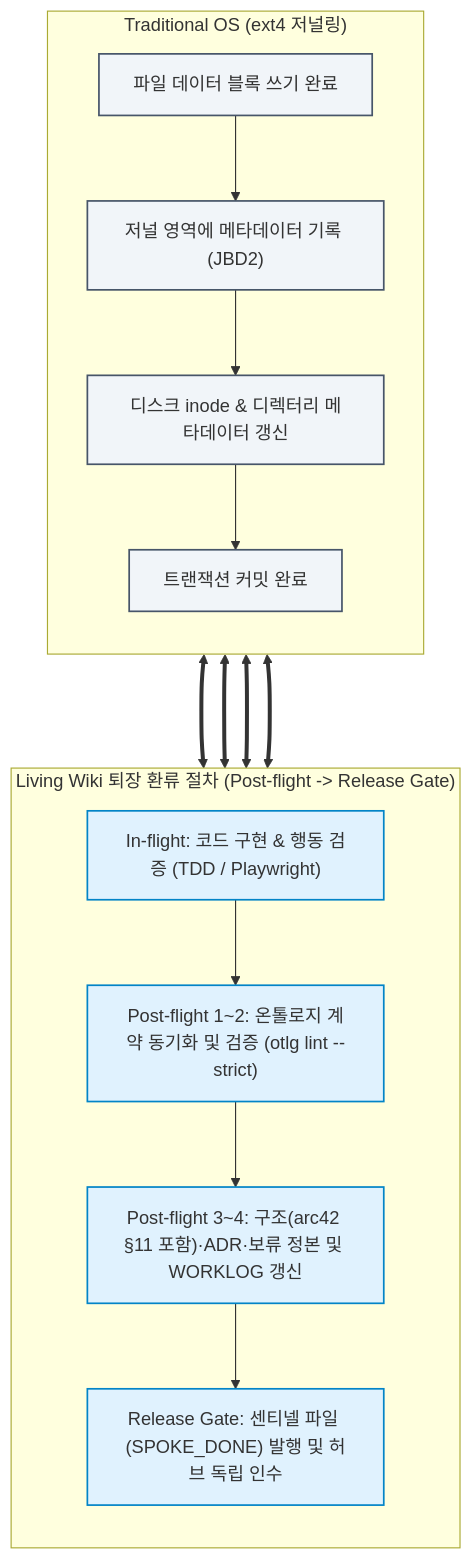
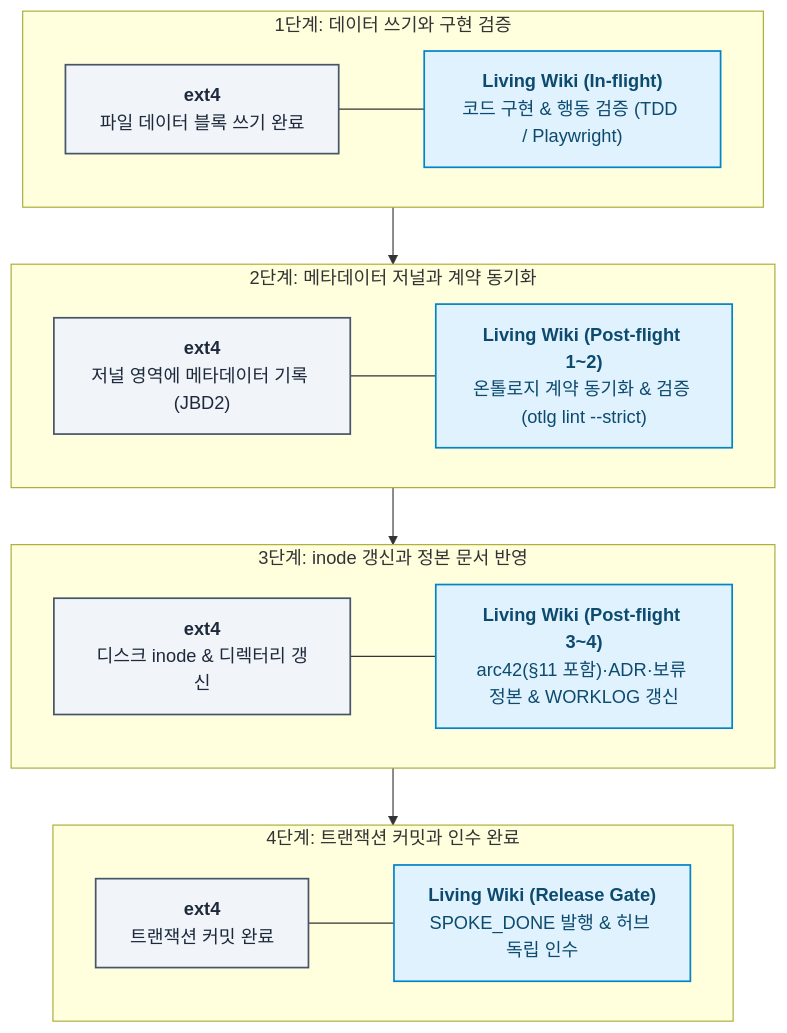
Before and after one commit to tomato-vault/tomato-vault.github.io: the first of 2 diagrams in _deep_dives/ontology-engineering/repo-sdlc-and-audit.md, drawn with Mermaid. The commit also changed other lines of this file and 42 other files, not shown here.

````diff
--- a/_deep_dives/ontology-engineering/repo-sdlc-and-audit.md
+++ b/_deep_dives/ontology-engineering/repo-sdlc-and-audit.md
@@ -104,23 +103,24 @@
 ```mermaid
 flowchart TB
-    subgraph KERNEL ["Traditional OS (ext4 저널링)"]
-        direction TB
-        K1["파일 데이터 블록 쓰기 완료"] --> K2["저널 영역에 메타데이터 기록 (JBD2)"]
-        K2 --> K3["디스크 inode & 디렉터리 메타데이터 갱신"]
-        K3 --> K4["트랜잭션 커밋 완료"]
+    subgraph S1 ["1단계: 데이터 쓰기와 구현 검증"]
+        direction LR
+        K1["<b>ext4</b><br/>파일 데이터 블록 쓰기 완료"] --- A1["<b>Living Wiki (In-flight)</b><br/>코드 구현 & 행동 검증 (TDD / Playwright)"]
     end
-    subgraph AGENT_OS ["Living Wiki 퇴장 환류 절차 (Post-flight -> Release Gate)"]
-        direction TB
-        A1["In-flight: 코드 구현 & 행동 검증 (TDD / Playwright)"] --> A2["Post-flight 1~2: 온톨로지 계약 동기화 및 검증 (otlg lint --strict)"]
-        A2 --> A3["Post-flight 3~4: 구조(arc42 §11 포함)·ADR·보류 정본 및 WORKLOG 갱신"]
-        A3 --> A4["Release Gate: 센티넬 파일 (SPOKE_DONE) 발행 및 허브 독립 인수"]
+    subgraph S2 ["2단계: 메타데이터 저널과 계약 동기화"]
+        direction LR
+        K2["<b>ext4</b><br/>저널 영역에 메타데이터 기록 (JBD2)"] --- A2["<b>Living Wiki (Post-flight 1~2)</b><br/>온톨로지 계약 동기화 & 검증 (otlg lint --strict)"]
     end
-    K1 <===> A1
-    K2 <===> A2
-    K3 <===> A3
-    K4 <===> A4
-    classDef kStyle fill:#f1f5f9,stroke:#475569,stroke-width:1.5px
-    classDef aStyle fill:#e0f2fe,stroke:#0284c7,stroke-width:1.5px
+    subgraph S3 ["3단계: inode 갱신과 정본 문서 반영"]
+        direction LR
+        K3["<b>ext4</b><br/>디스크 inode & 디렉터리 갱신"] --- A3["<b>Living Wiki (Post-flight 3~4)</b><br/>arc42(§11 포함)·ADR·보류 정본 & WORKLOG 갱신"]
+    end
+    subgraph S4 ["4단계: 트랜잭션 커밋과 인수 완료"]
+        direction LR
+        K4["<b>ext4</b><br/>트랜잭션 커밋 완료"] --- A4["<b>Living Wiki (Release Gate)</b><br/>SPOKE_DONE 발행 & 허브 독립 인수"]
+    end
+    S1 --> S2 --> S3 --> S4
+    classDef kStyle fill:#f1f5f9,stroke:#475569,stroke-width:1.5px,color:#1e293b
+    classDef aStyle fill:#e0f2fe,stroke:#0284c7,stroke-width:1.5px,color:#0c4a6e
     class K1,K2,K3,K4 kStyle
     class A1,A2,A3,A4 aStyle
 ```
````
